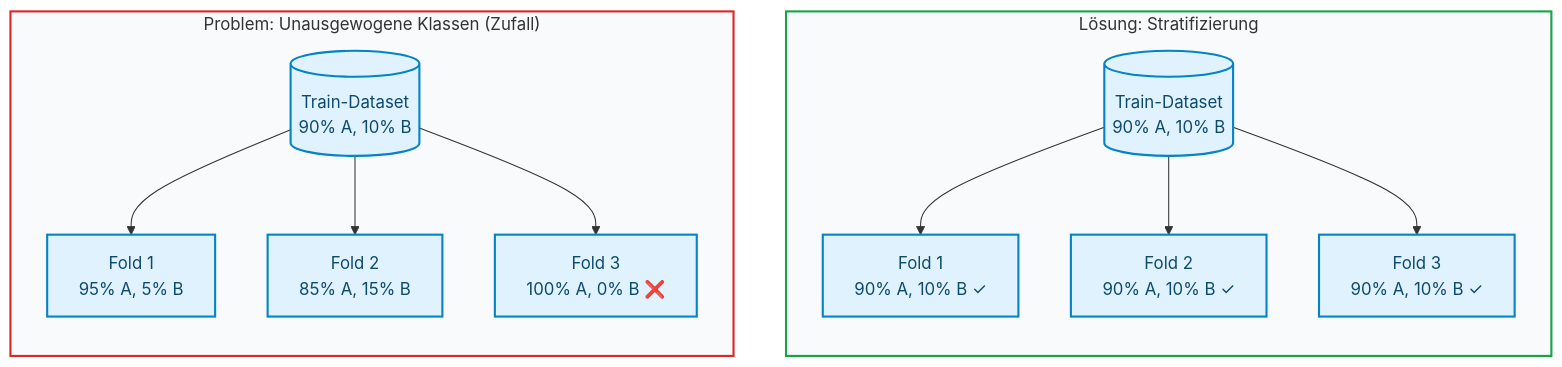
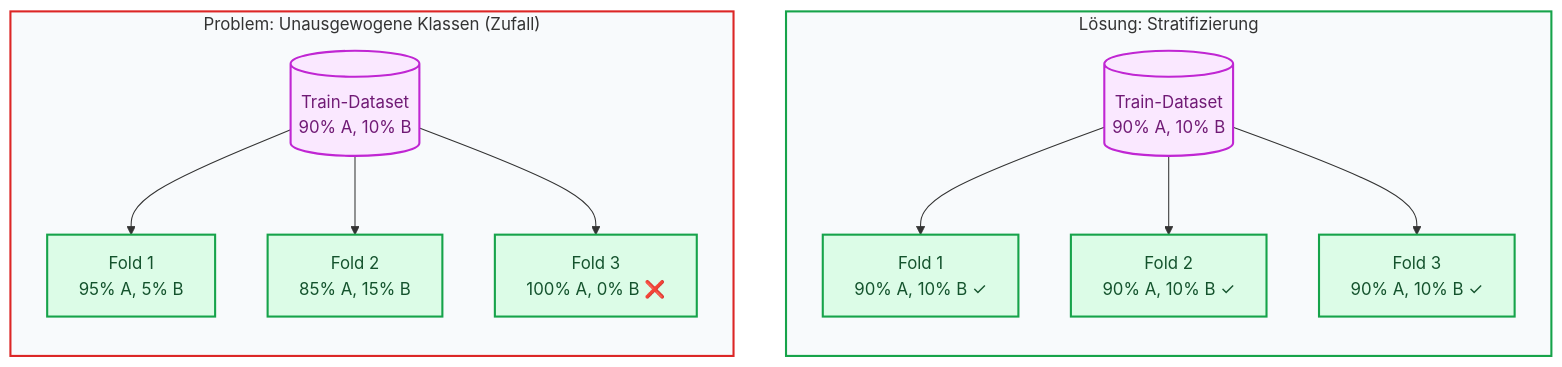
Before and after one commit to ralf-42/ML_Intro: the fourth of 9 diagrams in docs/concepts/evaluate/cross_validation.md, drawn with Mermaid. The commit also changed other lines of this file and 49 other files, not shown here.

````diff
--- a/docs/concepts/evaluate/cross_validation.md
+++ b/docs/concepts/evaluate/cross_validation.md
@@ -226,24 +225,30 @@
 ```mermaid
 flowchart LR
 
 subgraph problem["Problem: Unausgewogene Klassen (Zufall)"]
     D1[("Train-Dataset<br/>90% A, 10% B")]
     D1 --> F1["Fold 1<br/>95% A, 5% B"]
     D1 --> F2["Fold 2<br/>85% A, 15% B"]
     D1 --> F3["Fold 3<br/>100% A, 0% B ❌"]
 end
 
 subgraph solution["Lösung: Stratifizierung"]
     D2[("Train-Dataset<br/>90% A, 10% B")]
     D2 --> SF1["Fold 1<br/>90% A, 10% B ✓"]
     D2 --> SF2["Fold 2<br/>90% A, 10% B ✓"]
     D2 --> SF3["Fold 3<br/>90% A, 10% B ✓"]
 end
 
 %% Unsichtbare Verbindung für das Layout (nebeneinander)
 problem ~~~ solution
 
-classDef default fill:#e0f2fe,stroke:#0284c7,stroke-width:2px,color:#0c4a6e;
 style problem fill:#f8fafc,stroke:#dc2626,stroke-width:2px
 style solution fill:#f8fafc,stroke:#16a34a,stroke-width:2px
+
+    classDef default fill:#e0f2fe,stroke:#0284c7,stroke-width:2px,color:#0c4a6e;
+    classDef output fill:#dcfce7,stroke:#16a34a,stroke-width:2px,color:#14532d;
+    classDef target fill:#fae8ff,stroke:#c026d3,stroke-width:2px,color:#701a75;
+
+    class F1,F2,F3,SF1,SF2,SF3 output;
+    class D1,D2 target;
 ```
````
